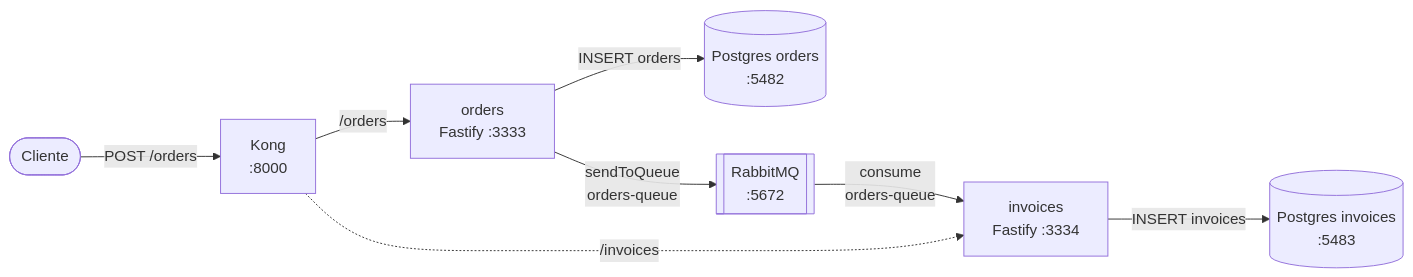
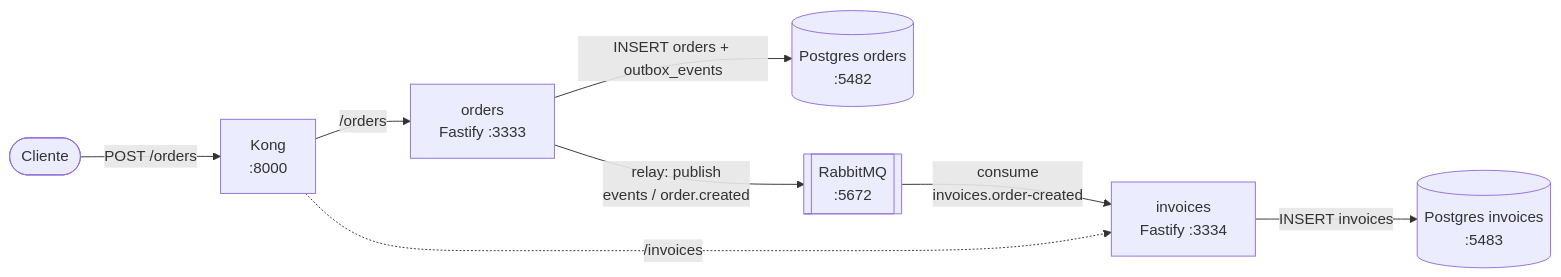
One commit to alessandroquintas/microsservicos-nodejs changed the first of 2 diagrams in ARCHITECTURE.md. Above: the diagram before and after it, drawn with Mermaid. The commit also changed other lines of this file and 24 other files, not shown here.

````diff
--- a/ARCHITECTURE.md
+++ b/ARCHITECTURE.md
@@ -16,10 +16,10 @@
 ```mermaid
 flowchart LR
     client([Cliente]) -->|POST /orders| kong[Kong<br/>:8000]
     kong -->|/orders| orders[orders<br/>Fastify :3333]
-    orders -->|INSERT orders| ordersdb[(Postgres orders<br/>:5482)]
-    orders -->|sendToQueue<br/>orders-queue| rabbit[[RabbitMQ<br/>:5672]]
-    rabbit -->|consume<br/>orders-queue| invoices[invoices<br/>Fastify :3334]
+    orders -->|INSERT orders + outbox_events| ordersdb[(Postgres orders<br/>:5482)]
+    orders -->|relay: publish<br/>events / order.created| rabbit[[RabbitMQ<br/>:5672]]
+    rabbit -->|consume<br/>invoices.order-created| invoices[invoices<br/>Fastify :3334]
     invoices -->|INSERT invoices| invoicesdb[(Postgres invoices<br/>:5483)]
     kong -.->|/invoices| invoices
 ```
````
